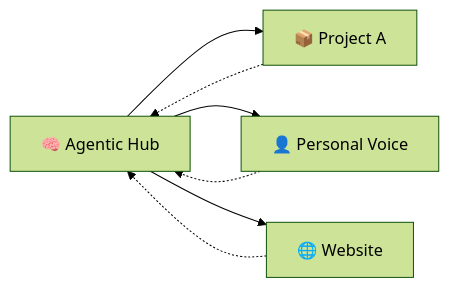
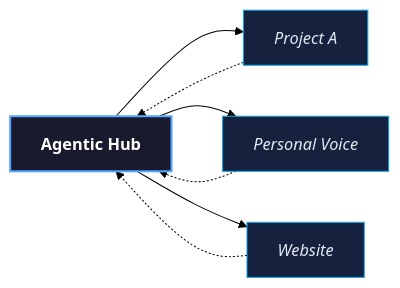
One commit to B67687/agentic-workflows changed the diagram in README.md. Above: the diagram before and after it, drawn with Mermaid (forest theme). The commit also changed other lines of this file, not shown here.

````diff
--- a/README.md
+++ b/README.md
@@ -32,14 +35,19 @@
 ```mermaid
 flowchart LR
-    HUB[🧠 Agentic Hub]
-    A[📦 Project A]
-    B[👤 Personal Voice]
-    C[🌐 Website]
+    HUB[<b>Agentic Hub</b>]
+    A[<i>Project A</i>]
+    B[<i>Personal Voice</i>]
+    C[<i>Website</i>]
 
     HUB --> A
     HUB --> B
     HUB --> C
     A -.-> HUB
     B -.-> HUB
     C -.-> HUB
+
+    style HUB fill:#1a1a2e,stroke:#58a6ff,stroke-width:2px,color:#fff
+    style A fill:#16213e,stroke:#0ea5e9,color:#e2e8f0
+    style B fill:#16213e,stroke:#0ea5e9,color:#e2e8f0
+    style C fill:#16213e,stroke:#0ea5e9,color:#e2e8f0
 ```
````
